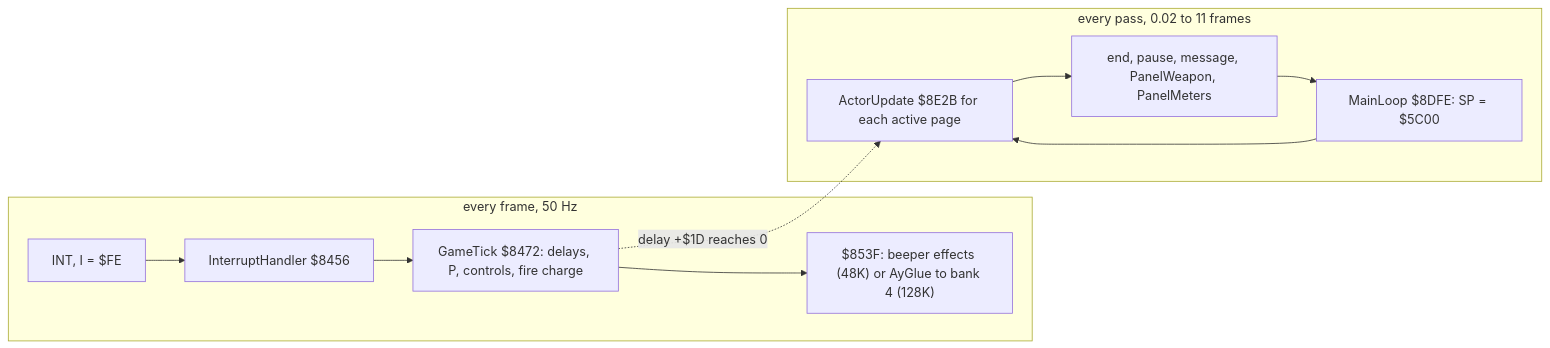
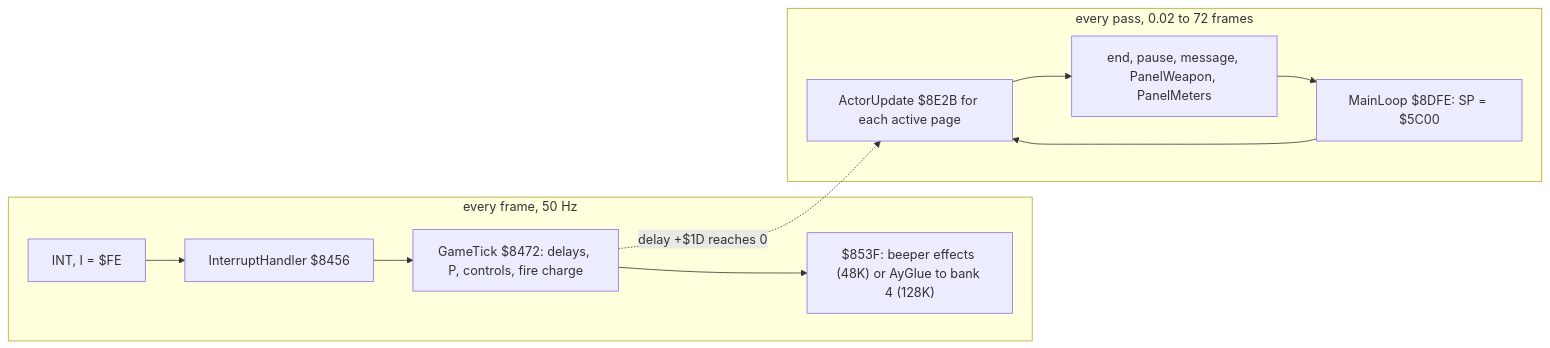
The first of 10 diagrams in games/switchblade/docs/04-game-loop.md (alfishe/unrealng-reverse-cases), drawn with Mermaid before and after one commit. The commit also changed other lines of this file and 54 other files, not shown here.

````diff
--- a/games/switchblade/docs/04-game-loop.md
+++ b/games/switchblade/docs/04-game-loop.md
@@ -52,14 +52,14 @@
 ```mermaid
 flowchart LR
     subgraph frame["every frame, 50 Hz"]
         I["INT, I = $FE"] --> H["InterruptHandler $8456"]
         H --> T["GameTick $8472: delays, P, controls, fire charge"]
         T --> S["$853F: beeper effects (48K) or AyGlue to bank 4 (128K)"]
     end
-    subgraph pass["every pass, 0.02 to 11 frames"]
+    subgraph pass["every pass, 0.02 to 72 frames"]
         L["MainLoop $8DFE: SP = $5C00"] --> A["ActorUpdate $8E2B for each active page"]
         A --> J["end, pause, message, PanelWeapon, PanelMeters"]
         J --> L
     end
     T -. "delay +$1D reaches 0" .-> A
 ```
````
